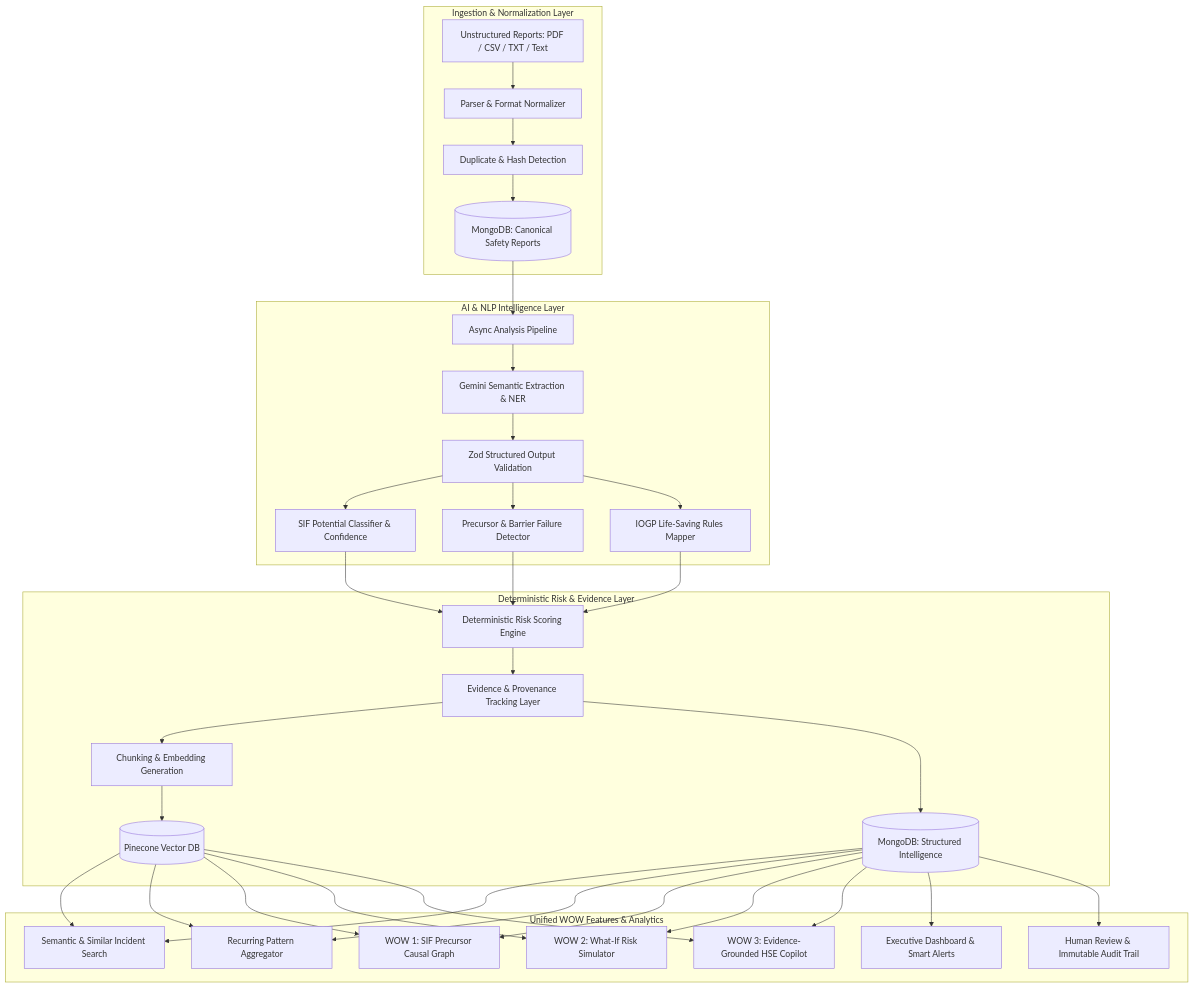
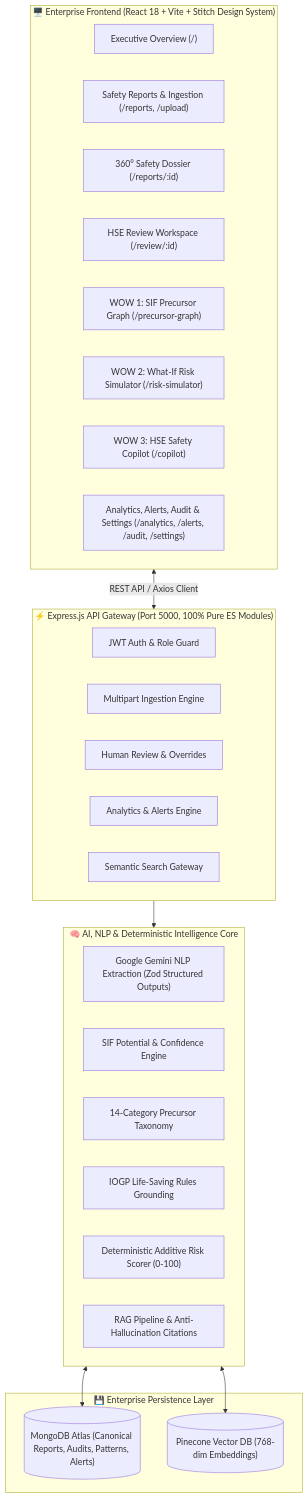
Before and after one commit to rajkushwaha-01/SIH-Hackathon: the diagram in README.md, drawn with Mermaid. The commit also changed other lines of this file and 78 other files, not shown here.

First line of the commit message:
feat: add Risk Simulator and What-If Simulator pages with corresponding services

````diff
--- a/README.md
+++ b/README.md
@@ -23,35 +26,40 @@
 ```mermaid
-flowchart TD
-    subgraph Ingestion ["Ingestion & Normalization Layer"]
-        A[Unstructured Reports: PDF / CSV / TXT / Text] --> B[Parser & Format Normalizer]
-        B --> C[Duplicate & Hash Detection]
-        C --> D[(MongoDB: Canonical Safety Reports)]
+flowchart TB
+    subgraph Frontend_Layer ["🖥️ Enterprise Frontend (React 18 + Vite + Stitch Design System)"]
+        UI1["Executive Overview (/)"]
+        UI2["Safety Reports & Ingestion (/reports, /upload)"]
+        UI3["360° Safety Dossier (/reports/:id)"]
+        UI4["HSE Review Workspace (/review/:id)"]
+        UI5["WOW 1: SIF Precursor Graph (/precursor-graph)"]
+        UI6["WOW 2: What-If Risk Simulator (/risk-simulator)"]
+        UI7["WOW 3: HSE Safety Copilot (/copilot)"]
+        UI8["Analytics, Alerts, Audit & Settings (/analytics, /alerts, /audit, /settings)"]
     end
 
-    subgraph AI_Pipeline ["AI & NLP Intelligence Layer"]
-        D --> E[Async Analysis Pipeline]
-        E --> F[Gemini Semantic Extraction & NER]
-        F --> G[Zod Structured Output Validation]
-        G --> H[SIF Potential Classifier & Confidence]
-        G --> I[Precursor & Barrier Failure Detector]
-        G --> J[IOGP Life-Saving Rules Mapper]
+    subgraph Backend_Gateway ["⚡ Express.js API Gateway (Port 5000, 100% Pure ES Modules)"]
+        API_Auth["JWT Auth & Role Guard"]
+        API_Ingest["Multipart Ingestion Engine"]
+        API_Review["Human Review & Overrides"]
+        API_Analytics["Analytics & Alerts Engine"]
+        API_Vector["Semantic Search Gateway"]
     end
 
-    subgraph Deterministic_Engine ["Deterministic Risk & Evidence Layer"]
-        H & I & J --> K[Deterministic Risk Scoring Engine]
-        K --> L[Evidence & Provenance Tracking Layer]
-        L --> M[Chunking & Embedding Generation]
-        M --> N[(Pinecone Vector DB)]
-        L --> O[(MongoDB: Structured Intelligence)]
+    subgraph AI_Intelligence ["🧠 AI, NLP & Deterministic Intelligence Core"]
+        NLP_Gemini["Google Gemini NLP Extraction (Zod Structured Outputs)"]
+        SIF_Classifier["SIF Potential & Confidence Engine"]
+        Precursor_Engine["14-Category Precursor Taxonomy"]
+        LSR_Mapper["IOGP Life-Saving Rules Grounding"]
+        Risk_Engine["Deterministic Additive Risk Scorer (0-100)"]
+        RAG_Engine["RAG Pipeline & Anti-Hallucination Citations"]
     end
 
-    subgraph Core_Applications ["Unified WOW Features & Analytics"]
-        O & N --> P[Semantic & Similar Incident Search]
-        O & N --> Q[Recurring Pattern Aggregator]
-        O & N --> R[WOW 1: SIF Precursor Causal Graph]
-        O & N --> S[WOW 2: What-If Risk Simulator]
-        O & N --> T[WOW 3: Evidence-Grounded HSE Copilot]
-        O --> U[Executive Dashboard & Smart Alerts]
-        O --> V[Human Review & Immutable Audit Trail]
+    subgraph Data_Storage ["💾 Enterprise Persistence Layer"]
+        DB_Mongo[("MongoDB Atlas (Canonical Reports, Audits, Patterns, Alerts)")]
+        DB_Pinecone[("Pinecone Vector DB (768-dim Embeddings)")]
     end
+
+    Frontend_Layer <-->|REST API / Axios Client| Backend_Gateway
+    Backend_Gateway --> AI_Intelligence
+    AI_Intelligence <--> DB_Mongo
+    AI_Intelligence <--> DB_Pinecone
 ```
````
